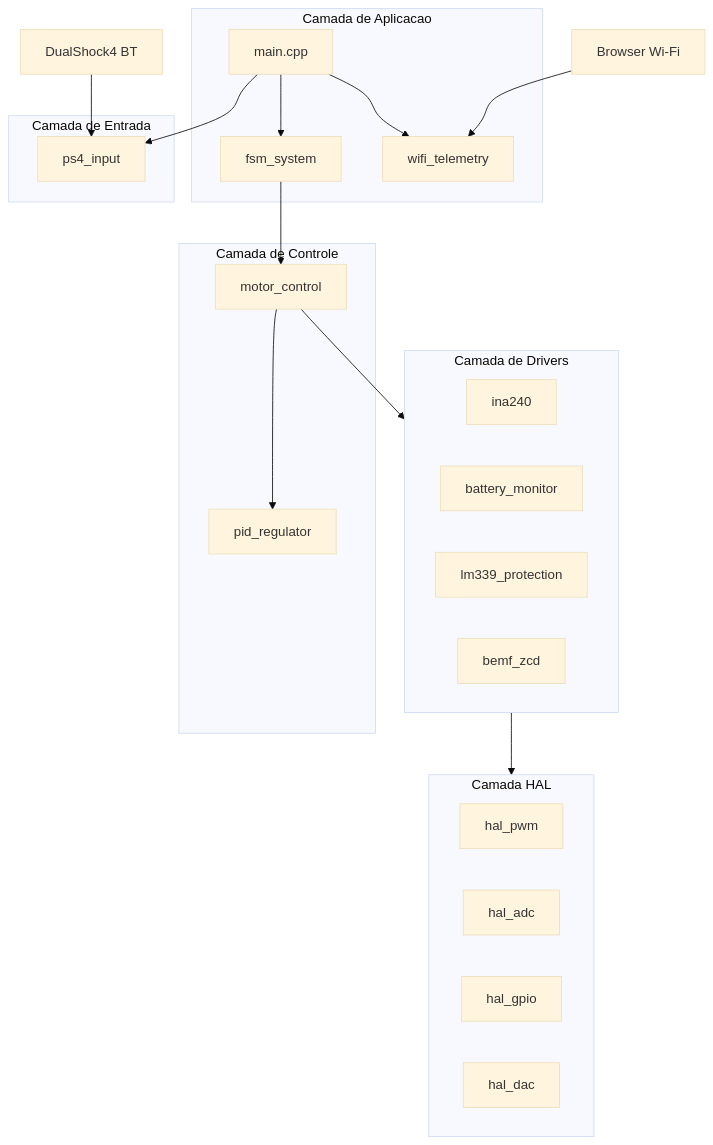
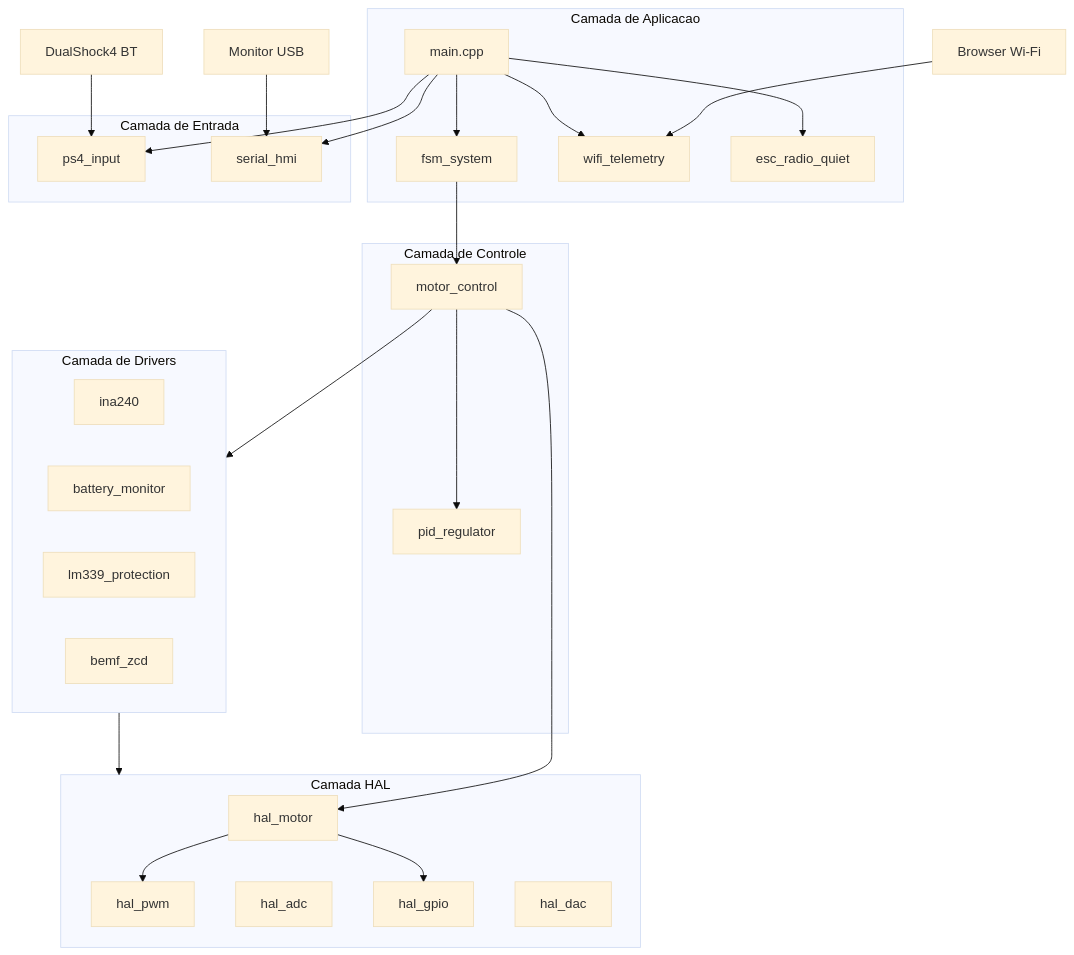
Before and after one commit to enzolfernandes/esp32-bldc-esc: the first of 3 diagrams in Firmware/DOCUMENTACAO_PROGRAMACAO.md, drawn with Mermaid (base theme). The commit also changed other lines of this file and 50 other files, not shown here.

````diff
--- a/Firmware/DOCUMENTACAO_PROGRAMACAO.md
+++ b/Firmware/DOCUMENTACAO_PROGRAMACAO.md
@@ -61,36 +62,45 @@
 ```mermaid
 flowchart TB
     subgraph aplicacao [Camada de Aplicacao]
         Main[main.cpp]
         FSM[fsm_system]
         WiFi[wifi_telemetry]
+        RadioQuiet[esc_radio_quiet]
     end
     subgraph entrada [Camada de Entrada]
         PS4[ps4_input]
+        HMI[serial_hmi]
     end
     subgraph controle [Camada de Controle]
         MC[motor_control]
         PI[pid_regulator]
     end
     subgraph drivers [Camada de Drivers]
         INA[ina240]
         BAT[battery_monitor]
         LM[lm339_protection]
         ZCD[bemf_zcd]
     end
     subgraph hal [Camada HAL]
+        Motor[hal_motor]
         PWM[hal_pwm]
         ADC[hal_adc]
         GPIO[hal_gpio]
         DAC[hal_dac]
     end
     PS4_BT[DualShock4 BT] --> PS4
+    SerialUSB[Monitor USB] --> HMI
     Browser[Browser Wi-Fi] --> WiFi
     Main --> FSM
     Main --> PS4
+    Main --> HMI
+    Main --> RadioQuiet
     Main --> WiFi
     FSM --> MC
     MC --> PI
     MC --> drivers
+    MC --> Motor
     drivers --> hal
+    Motor --> PWM
+    Motor --> GPIO
 ```
````
